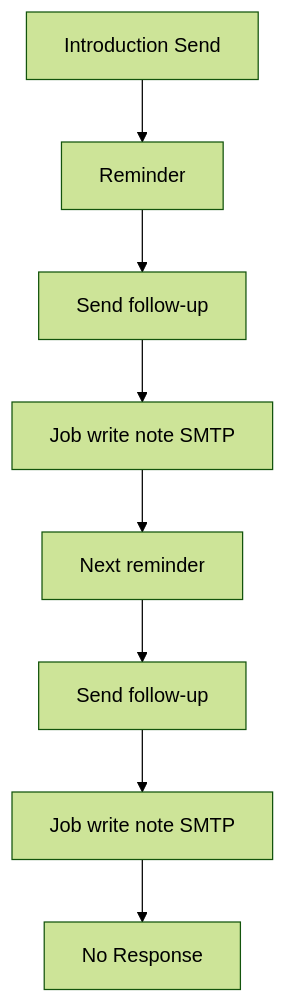
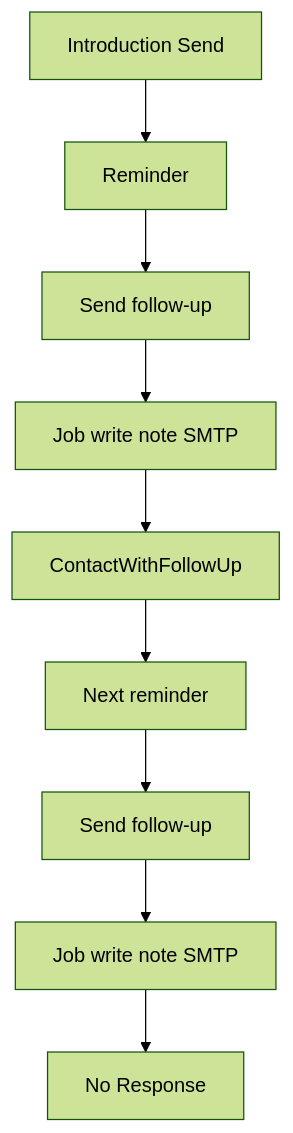
One commit to rogerio-pereira/CRM_AI changed the diagram in docs/FDRs/Done/FDR-021-follow-up-email-sequence.md. Above: the diagram before and after it, drawn with Mermaid (forest theme). The commit also changed other lines of this file, not shown here.

First line of the commit message:
docs(fdr): FU1 goes through ContactWithFollowUp

````diff
--- a/docs/FDRs/Done/FDR-021-follow-up-email-sequence.md
+++ b/docs/FDRs/Done/FDR-021-follow-up-email-sequence.md
@@ -79,19 +79,21 @@
 ```mermaid
 flowchart TD
   intro[Introduction Send]
   fu1[Reminder]
   click1[Send follow-up]
   job1[Job write note SMTP]
+  ev1[ContactWithFollowUp]
   fu2[Next reminder]
   click2[Send follow-up]
   job2[Job write note SMTP]
   nr[No Response]
 
   intro --> fu1
   fu1 --> click1
   click1 --> job1
-  job1 --> fu2
+  job1 --> ev1
+  ev1 --> fu2
   fu2 --> click2
   click2 --> job2
   job2 --> nr
 ```
````
